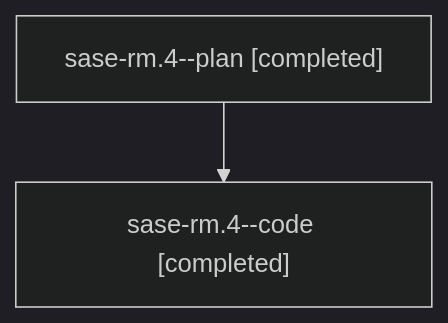
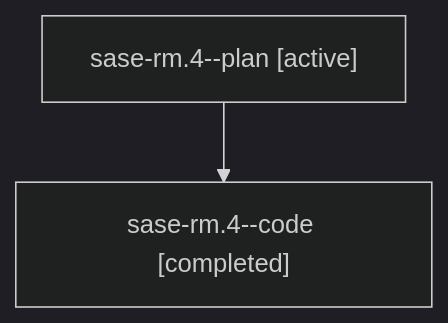
The diagram in families/bbugyi200.athena.sase-rm.4.md (sase-org/sase--agents), drawn with Mermaid (dark theme) before and after one commit. The commit also changed other lines of this file and 35830 other files, not shown here.

````diff
--- a/families/bbugyi200.athena.sase-rm.4.md
+++ b/families/bbugyi200.athena.sase-rm.4.md
@@ -9,6 +9,6 @@
 ```mermaid
 flowchart TD
-  n0["sase-rm.4--plan [completed]"]
+  n0["sase-rm.4--plan [active]"]
   n1["sase-rm.4--code [completed]"]
   n0 --> n1
 ```
````
